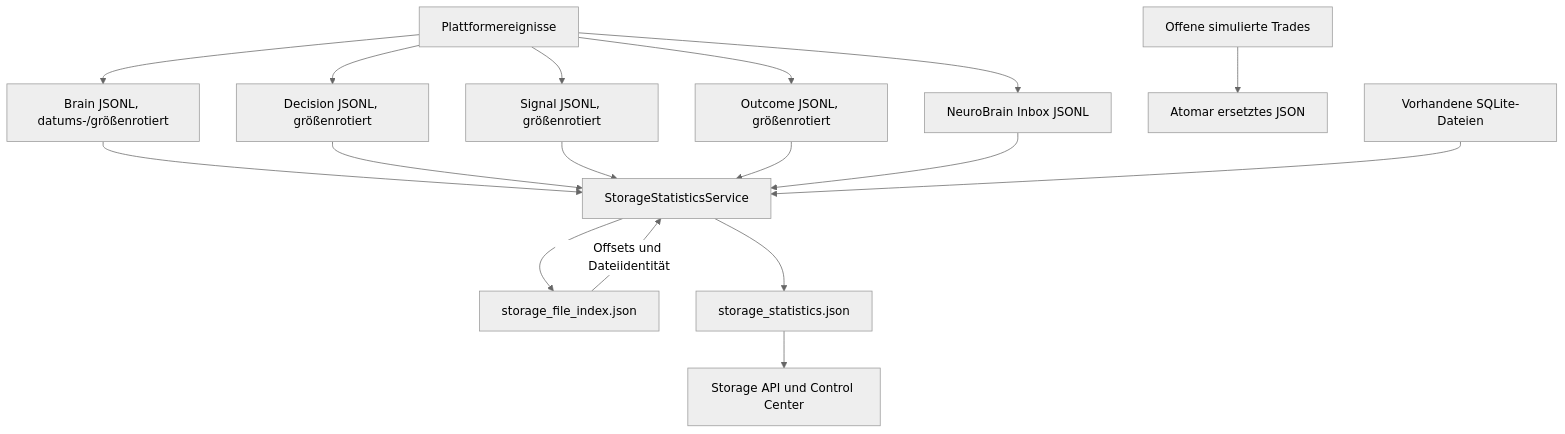
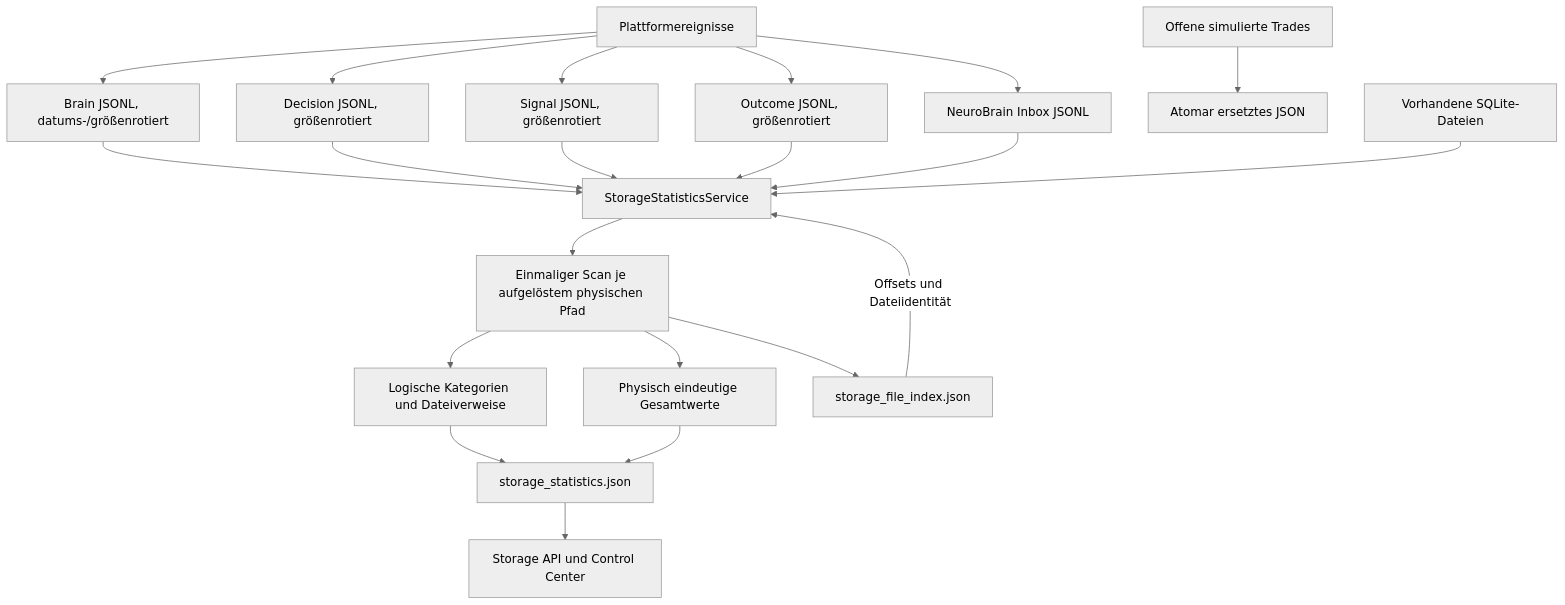
Before and after one commit to cRioshy/Pando: the third of 5 diagrams in docs/ARCHITECTURE.md, drawn with Mermaid (neutral theme). The commit also changed other lines of this file and 11 other files, not shown here.

Commit message:
Deduplicate storage physical totals

````diff
--- a/docs/ARCHITECTURE.md
+++ b/docs/ARCHITECTURE.md
@@ -100,15 +100,18 @@
 ```mermaid
 flowchart TD
     EVENTS["Plattformereignisse"] --> BRAIN["Brain JSONL, datums-/größenrotiert"]
     EVENTS --> DEC["Decision JSONL, größenrotiert"]
     EVENTS --> SIG["Signal JSONL, größenrotiert"]
     EVENTS --> OUT["Outcome JSONL, größenrotiert"]
     EVENTS --> NEURO["NeuroBrain Inbox JSONL"]
     OPEN["Offene simulierte Trades"] --> JSON["Atomar ersetztes JSON"]
     BRAIN & DEC & SIG & OUT & NEURO --> SCAN["StorageStatisticsService"]
     SQLITE["Vorhandene SQLite-Dateien"] --> SCAN
-    SCAN --> INDEX["storage_file_index.json"]
-    SCAN --> SNAP["storage_statistics.json"]
+    SCAN --> UNIQUE["Einmaliger Scan je aufgelöstem physischen Pfad"]
+    UNIQUE --> LOGICAL["Logische Kategorien und Dateiverweise"]
+    UNIQUE --> PHYSICAL["Physisch eindeutige Gesamtwerte"]
+    UNIQUE --> INDEX["storage_file_index.json"]
+    LOGICAL & PHYSICAL --> SNAP["storage_statistics.json"]
     INDEX -->|"Offsets und Dateiidentität"| SCAN
     SNAP --> API["Storage API und Control Center"]
 ```
````
